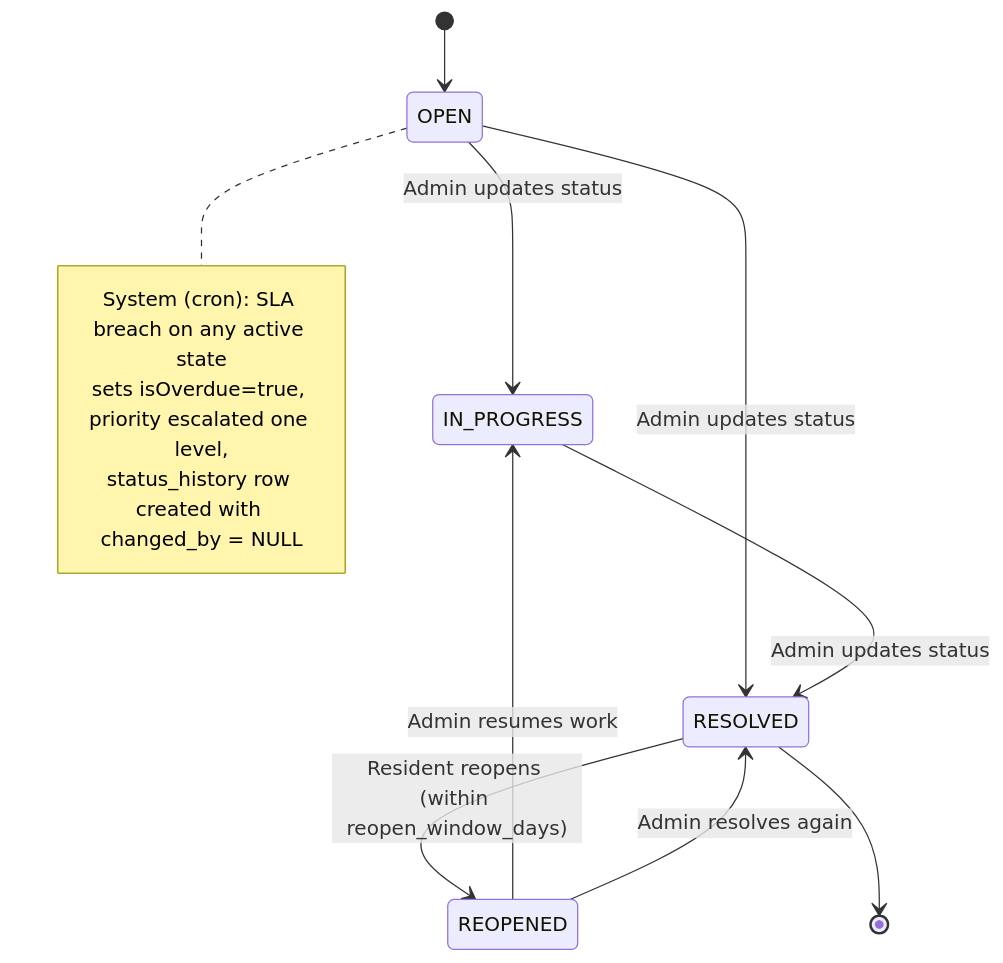
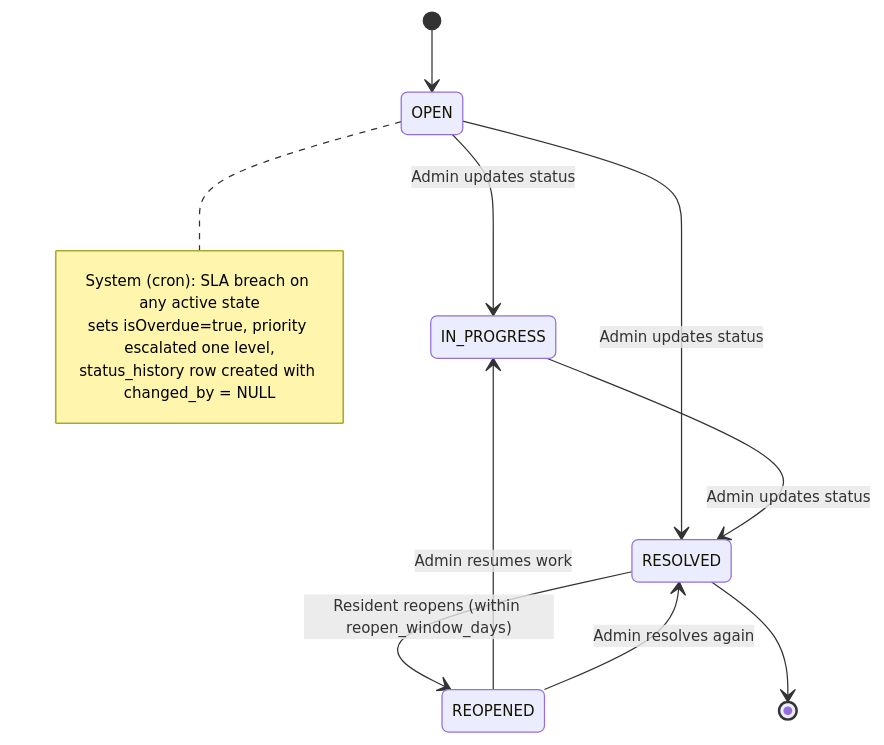
One commit to Suyash121212/SocietyTrack changed the second of 8 diagrams in SYSTEM_DESIGN.md. Above: the diagram before and after it, drawn with Mermaid. The commit also changed other lines of this file, not shown here.

````diff
--- a/SYSTEM_DESIGN.md
+++ b/SYSTEM_DESIGN.md
@@ -36,17 +35,18 @@
 ```mermaid
+%%{init: {'themeVariables': {'fontSize': '12px'}}}%%
 stateDiagram-v2
     [*] --> OPEN
     OPEN --> IN_PROGRESS: Admin updates status
     OPEN --> RESOLVED: Admin updates status
     IN_PROGRESS --> RESOLVED: Admin updates status
     RESOLVED --> REOPENED: Resident reopens (within reopen_window_days)
     REOPENED --> IN_PROGRESS: Admin resumes work
     REOPENED --> RESOLVED: Admin resolves again
     RESOLVED --> [*]
 
     note right of OPEN
         System (cron): SLA breach on any active state
         sets isOverdue=true, priority escalated one level,
         status_history row created with changed_by = NULL
     end note
 ```
````
